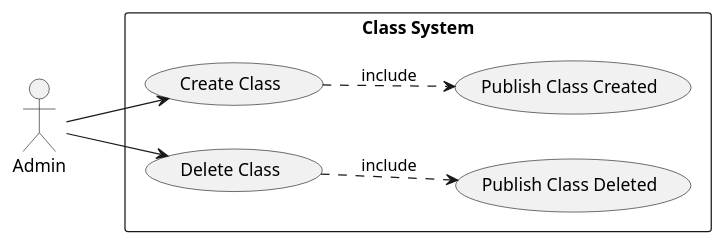
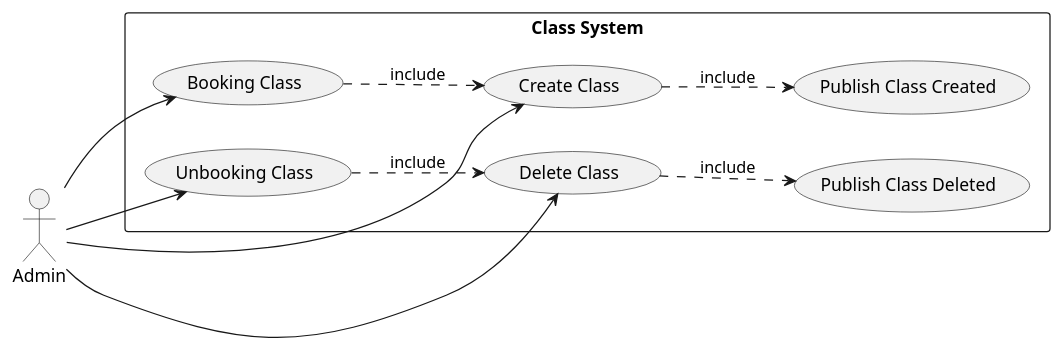
The diagram in UseCase/Release02/ClassSubSystem.wsd (fwidjaya20/fazzlearning-uml), drawn with PlantUML before and after one commit.

Commit message:
usecase: adding booking and unbooking usecase

```diff
--- a/UseCase/Release02/ClassSubSystem.wsd
+++ b/UseCase/Release02/ClassSubSystem.wsd
@@ -1,19 +1,24 @@
 @startuml ClassSubSystem
 
 left to right direction
 
 skinparam Monochrome true
 skinparam Shadowing false
 skinparam packageStyle rectangle
 
 actor Admin
 
 rectangle "Class System" {
     Admin --> (Create Class)
     Admin --> (Delete Class)
+    Admin --> (Booking Class)
+    Admin --> (Unbooking Class)
 
     (Create Class) ..> (Publish Class Created) : include
     (Delete Class) ..> (Publish Class Deleted) : include
+
+    (Booking Class) ..> (Create Class) : include
+    (Unbooking Class) ..> (Delete Class) : include
 }
 
 @enduml
```
